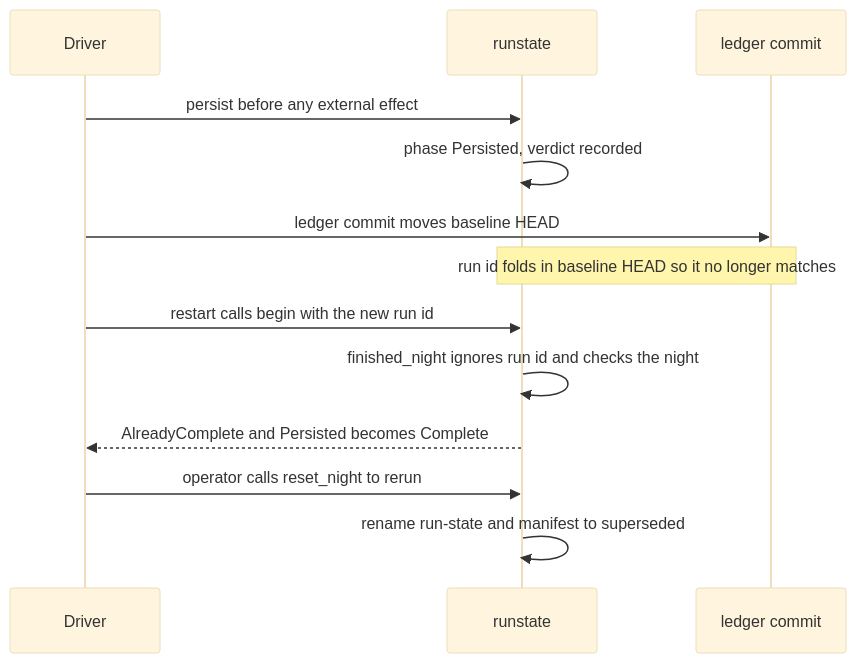
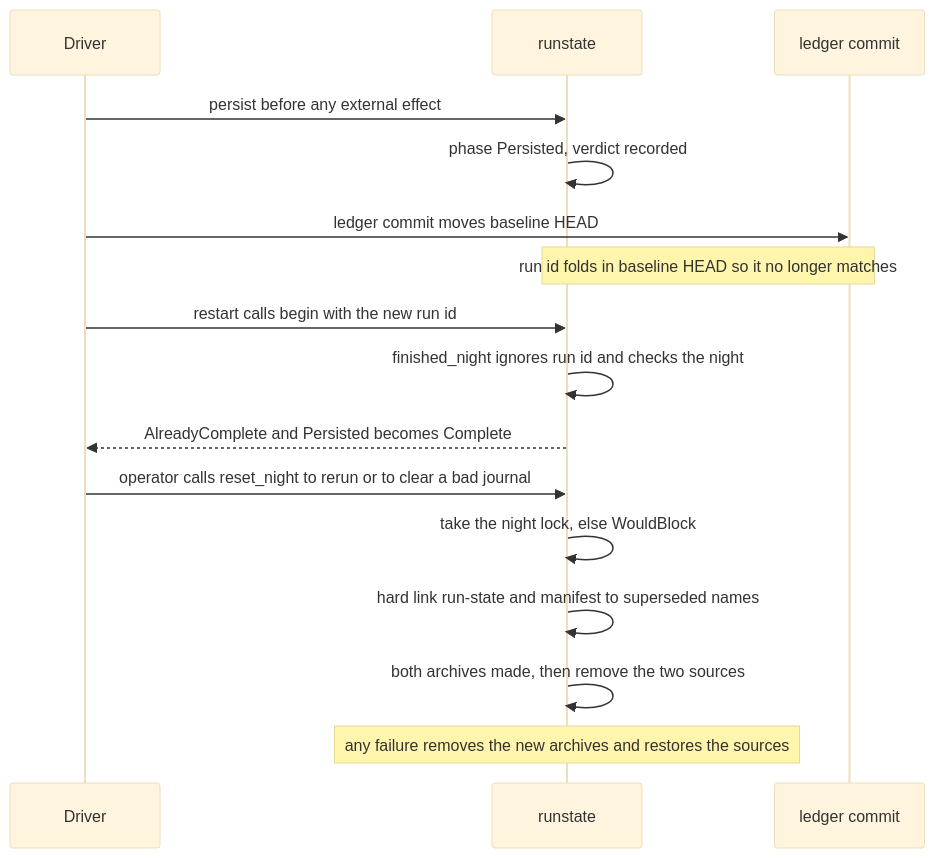
One commit to DreamLab-AI/dream-engine changed the third of 4 diagrams in docs/diagrams/nightly/01-the-nightly-loop-and-run-state.md. Above: the diagram before and after it, drawn with Mermaid (base theme). The commit also changed other lines of this file and 12 other files, not shown here.

Commit message:
docs(diagrams): re-verify and re-stamp the corpus at 0f6a669 after the audit hardening

````diff
--- a/docs/diagrams/nightly/01-the-nightly-loop-and-run-state.md
+++ b/docs/diagrams/nightly/01-the-nightly-loop-and-run-state.md
@@ -111,15 +149,18 @@
 ```mermaid
 sequenceDiagram
     participant D as Driver
     participant J as runstate
     participant G as ledger commit
     D->>J: persist before any external effect
     J->>J: phase Persisted, verdict recorded
     D->>G: ledger commit moves baseline HEAD
     Note over J,G: run id folds in baseline HEAD so it no longer matches
     D->>J: restart calls begin with the new run id
     J->>J: finished_night ignores run id and checks the night
     J-->>D: AlreadyComplete and Persisted becomes Complete
-    D->>J: operator calls reset_night to rerun
-    J->>J: rename run-state and manifest to superseded
+    D->>J: operator calls reset_night to rerun or to clear a bad journal
+    J->>J: take the night lock, else WouldBlock
+    J->>J: hard link run-state and manifest to superseded names
+    J->>J: both archives made, then remove the two sources
+    Note over J: any failure removes the new archives and restores the sources
 ```
````
